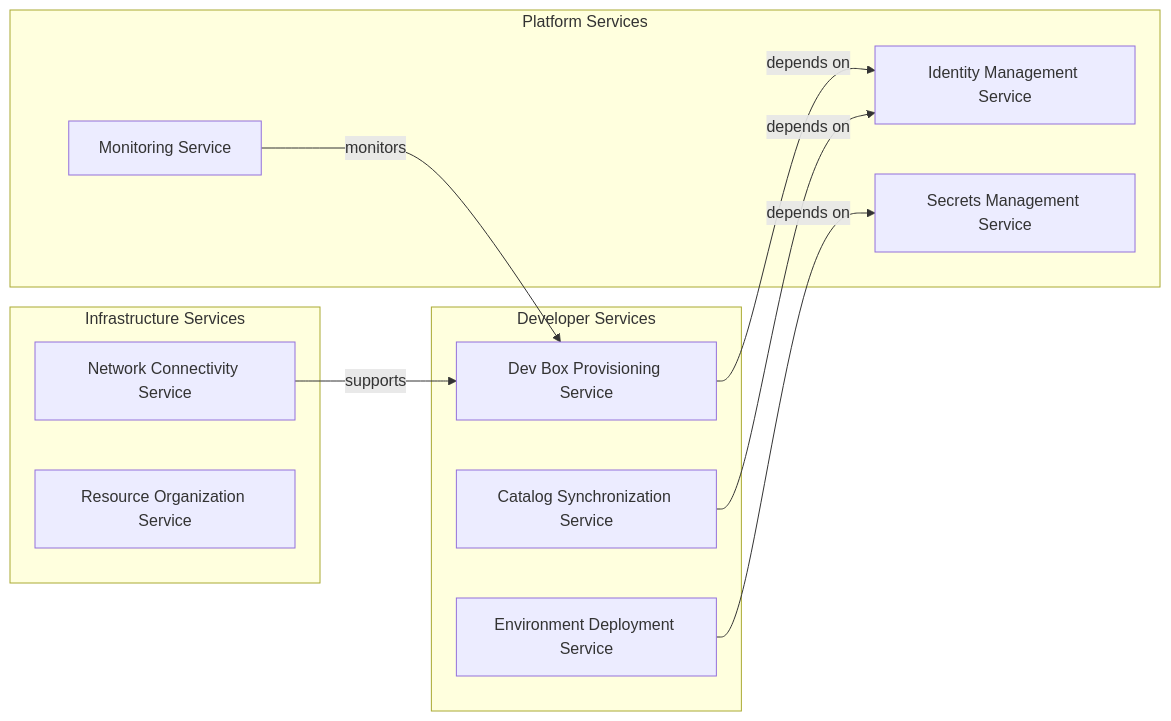
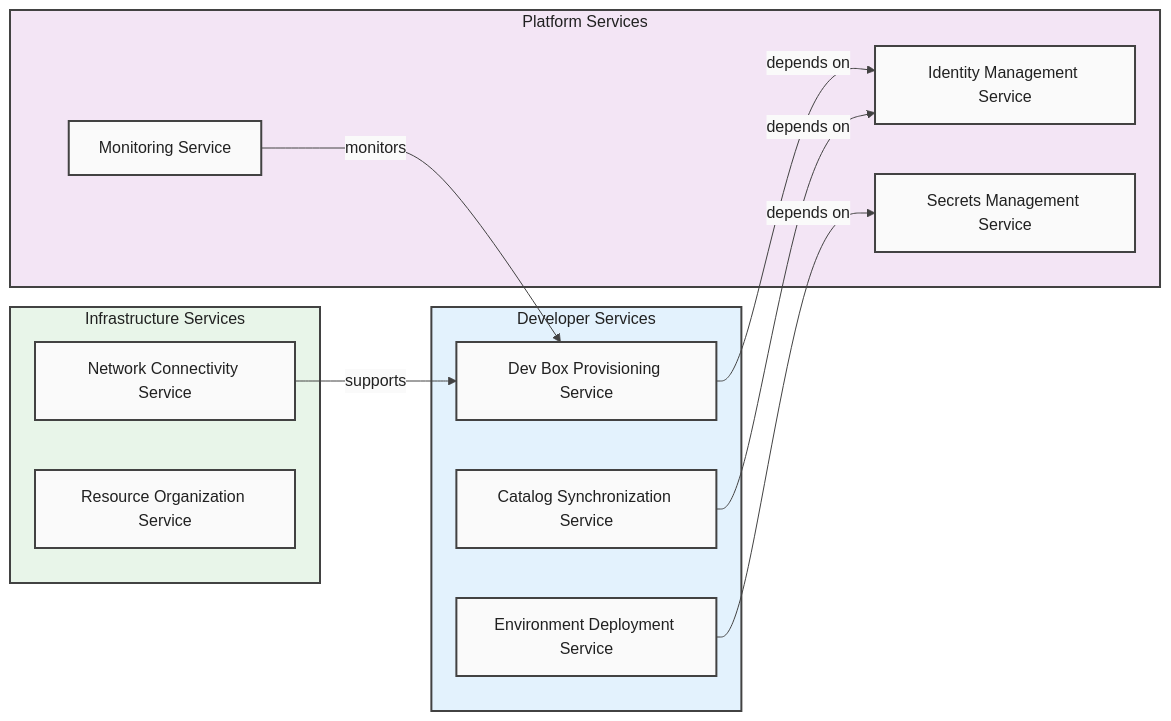
Before and after one commit to Evilazaro/DevExp-DevBox: the sixth of 11 diagrams in docs/architecture/Business.md, drawn with Mermaid. The commit also changed other lines of this file, not shown here.

Commit message:
docs: enhance Business Architecture diagrams with improved styling and clarity

````diff
--- a/docs/architecture/Business.md
+++ b/docs/architecture/Business.md
@@ -690,22 +704,36 @@
 ```mermaid
-graph LR
-    subgraph "Developer Services"
+%%{init: {'theme': 'base', 'themeVariables': { 'primaryColor': '#FAFAFA', 'primaryBorderColor': '#424242', 'primaryTextColor': '#212121', 'lineColor': '#424242'}}}%%
+flowchart LR
+    %% Style Definitions
+    classDef default fill:#FAFAFA,stroke:#424242,stroke-width:2px,color:#212121
+    classDef level1 fill:#E3F2FD,stroke:#424242,stroke-width:2px,color:#212121
+    classDef level2 fill:#F3E5F5,stroke:#424242,stroke-width:2px,color:#212121
+    classDef level3 fill:#E8F5E9,stroke:#424242,stroke-width:2px,color:#212121
+
+    subgraph DEVSVC["Developer Services"]
         S1["Dev Box Provisioning Service"]
         S2["Environment Deployment Service"]
         S3["Catalog Synchronization Service"]
     end
-    subgraph "Platform Services"
+
+    subgraph PLATSVC["Platform Services"]
         S4["Identity Management Service"]
         S5["Secrets Management Service"]
         S6["Monitoring Service"]
     end
-    subgraph "Infrastructure Services"
+
+    subgraph INFRASVC["Infrastructure Services"]
         S7["Network Connectivity Service"]
         S8["Resource Organization Service"]
     end
+
     S1 -->|"depends on"| S4
     S2 -->|"depends on"| S5
     S3 -->|"depends on"| S4
     S6 -->|"monitors"| S1
     S7 -->|"supports"| S1
+
+    class DEVSVC level1
+    class PLATSVC level2
+    class INFRASVC level3
 ```
````
